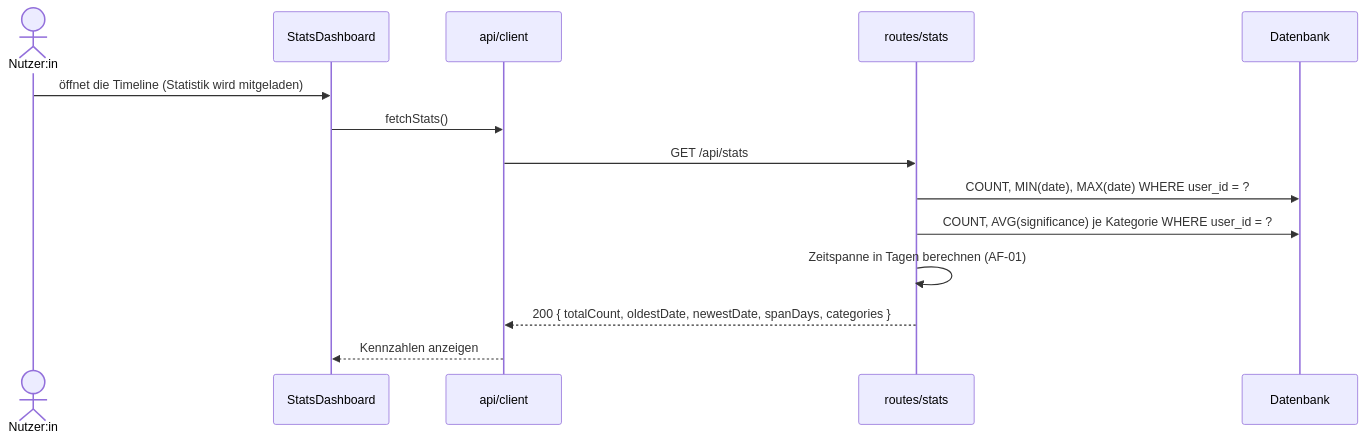
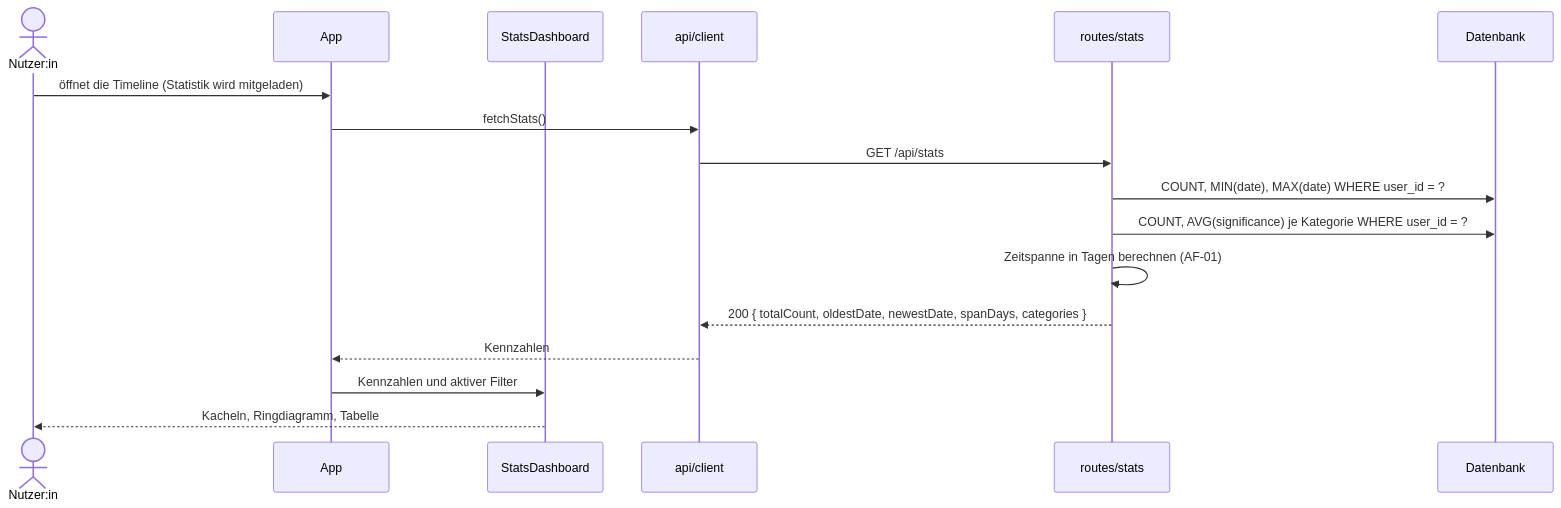
The third of 6 diagrams in docs/arch/A06-Laufzeitansicht.md (ksukh-ux/lifeline-project), drawn with Mermaid before and after one commit. The commit also changed other lines of this file and 5 other files, not shown here.

First line of the commit message:
docs: align sequence diagrams and use cases with the code

````diff
--- a/docs/arch/A06-Laufzeitansicht.md
+++ b/docs/arch/A06-Laufzeitansicht.md
@@ -110,17 +114,20 @@
 ```mermaid
 sequenceDiagram
     actor N as Nutzer:in
+    participant App as App
     participant SD as StatsDashboard
     participant AC as api/client
     participant R as routes/stats
     participant DB as Datenbank
 
-    N->>SD: öffnet die Timeline (Statistik wird mitgeladen)
-    SD->>AC: fetchStats()
+    N->>App: öffnet die Timeline (Statistik wird mitgeladen)
+    App->>AC: fetchStats()
     AC->>R: GET /api/stats
     R->>DB: COUNT, MIN(date), MAX(date) WHERE user_id = ?
     R->>DB: COUNT, AVG(significance) je Kategorie WHERE user_id = ?
     R->>R: Zeitspanne in Tagen berechnen (AF-01)
     R-->>AC: 200 { totalCount, oldestDate, newestDate, spanDays, categories }
-    AC-->>SD: Kennzahlen anzeigen
+    AC-->>App: Kennzahlen
+    App->>SD: Kennzahlen und aktiver Filter
+    SD-->>N: Kacheln, Ringdiagramm, Tabelle
 ```
````
